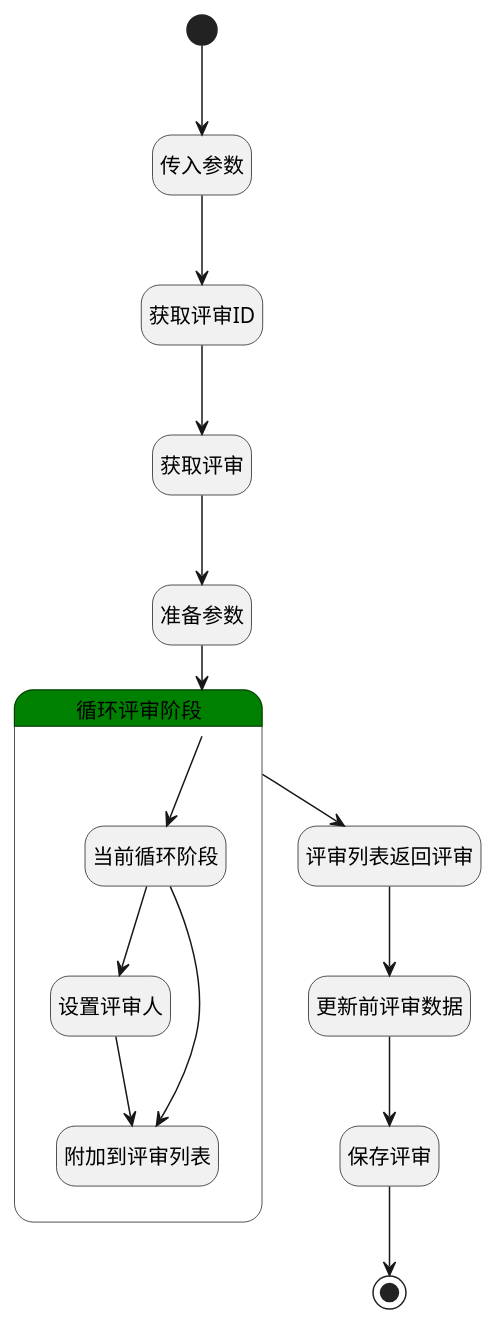
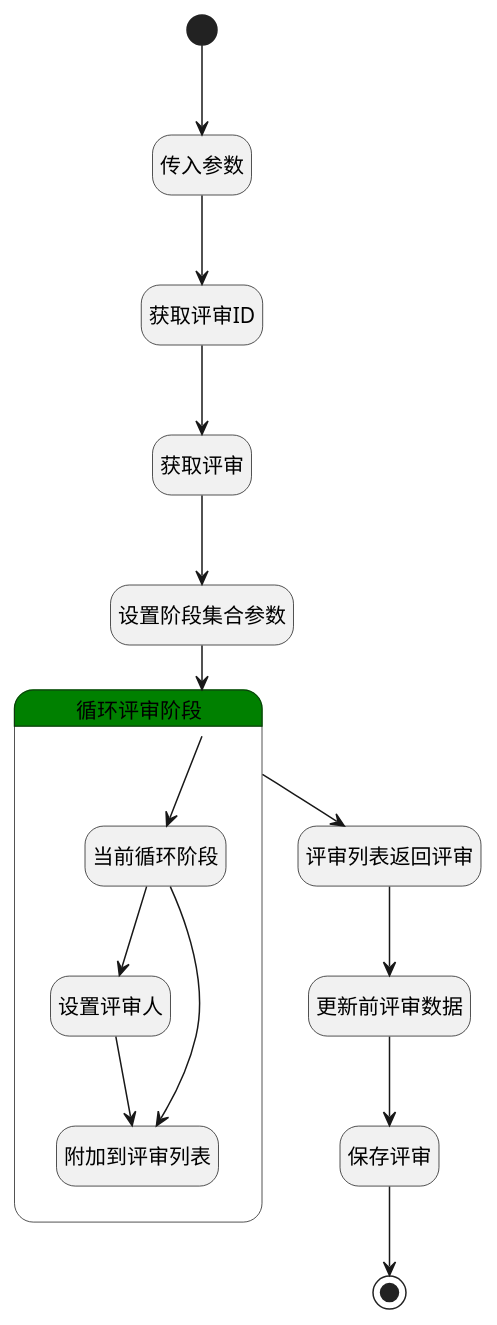
Before and after one commit to iBizLab/plm: the diagram in doc/docsify/module/TestMgmt/review/logic/change_review_stage.md, drawn with PlantUML. The commit also changed other lines of this file and 1778 other files, not shown here.

````diff
--- a/doc/docsify/module/TestMgmt/review/logic/change_review_stage.md
+++ b/doc/docsify/module/TestMgmt/review/logic/change_review_stage.md
@@ -7,43 +7,43 @@
 ```plantuml
 @startuml
 hide empty description
 <style>
 root {
   HyperlinkColor #42b983
 }
 </style>
 
 hide empty description
 state "开始" as Begin <<start>> [[$./change_review_stage#begin {"开始"}]]
 state "结束" as END1 <<end>> [[$./change_review_stage#end1 {"结束"}]]
 state "传入参数" as DEBUGPARAM1  [[$./change_review_stage#debugparam1 {"传入参数"}]]
 state "获取评审ID" as PREPAREPARAM1  [[$./change_review_stage#prepareparam1 {"获取评审ID"}]]
 state "获取评审" as DEACTION1  [[$./change_review_stage#deaction1 {"获取评审"}]]
-state "准备参数" as PREPAREPARAM5  [[$./change_review_stage#prepareparam5 {"准备参数"}]]
+state "设置阶段集合参数" as PREPAREPARAM5  [[$./change_review_stage#prepareparam5 {"设置阶段集合参数"}]]
 state "评审列表返回评审" as PREPAREPARAM4  [[$./change_review_stage#prepareparam4 {"评审列表返回评审"}]]
 state "更新前评审数据" as DEBUGPARAM3  [[$./change_review_stage#debugparam3 {"更新前评审数据"}]]
 state "保存评审" as DEACTION2  [[$./change_review_stage#deaction2 {"保存评审"}]]
 state "循环评审阶段" as LOOPSUBCALL1  [[$./change_review_stage#loopsubcall1 {"循环评审阶段"}]] #green {
 state "当前循环阶段" as DEBUGPARAM2  [[$./change_review_stage#debugparam2 {"当前循环阶段"}]]
 state "设置评审人" as PREPAREPARAM2  [[$./change_review_stage#prepareparam2 {"设置评审人"}]]
 state "附加到评审列表" as PREPAREPARAM3  [[$./change_review_stage#prepareparam3 {"附加到评审列表"}]]
 }
 
 
 Begin --> DEBUGPARAM1
 DEBUGPARAM1 --> PREPAREPARAM1
 PREPAREPARAM1 --> DEACTION1
 DEACTION1 --> PREPAREPARAM5
 PREPAREPARAM5 --> LOOPSUBCALL1
 LOOPSUBCALL1 --> DEBUGPARAM2
 DEBUGPARAM2 --> PREPAREPARAM2
 PREPAREPARAM2 --> PREPAREPARAM3
 DEBUGPARAM2 --> PREPAREPARAM3
 LOOPSUBCALL1 --> PREPAREPARAM4
 PREPAREPARAM4 --> DEBUGPARAM3
 DEBUGPARAM3 --> DEACTION2
 DEACTION2 --> END1
 
 
 @enduml
 ```
````
